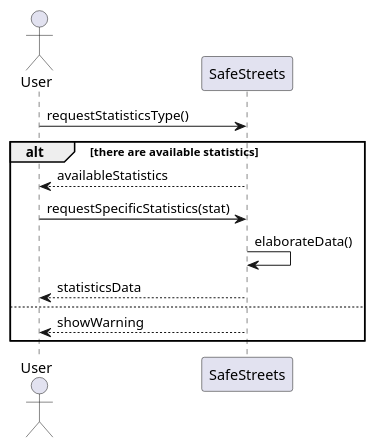
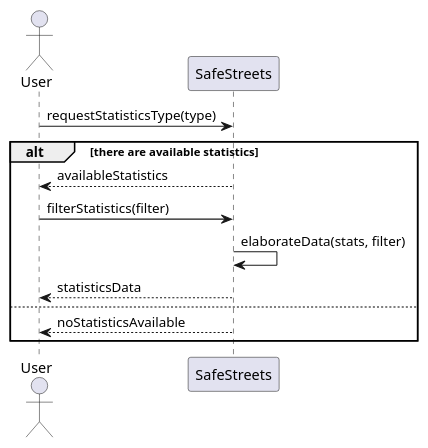
One commit to fuljo/FulginiDiCesare-SE2 changed the diagram in diagrams/rasd_sequence_diagram_uc_1_4.wsd. Above: the diagram before and after it, drawn with PlantUML. The commit also changed 5 other files, not shown here.

Commit message:
Improve names in sequence diagrams

```diff
--- a/diagrams/rasd_sequence_diagram_uc_1_4.wsd
+++ b/diagrams/rasd_sequence_diagram_uc_1_4.wsd
@@ -1,17 +1,17 @@
 @startuml rasd_sequence_diagram_uc_1_4
 skinparam Shadowing false
 
 actor User as U
 participant SafeStreets as SS
 
-U -> SS : requestStatisticsType()
+U -> SS : requestStatisticsType(type)
 alt there are available statistics
 SS --> U : availableStatistics
-U -> SS : requestSpecificStatistics(stat)
-SS -> SS : elaborateData()
+U -> SS : filterStatistics(filter)
+SS -> SS : elaborateData(stats, filter)
 SS --> U : statisticsData
 else
-SS --> U : showWarning
+SS --> U : noStatisticsAvailable
 end
 
 @enduml
```
